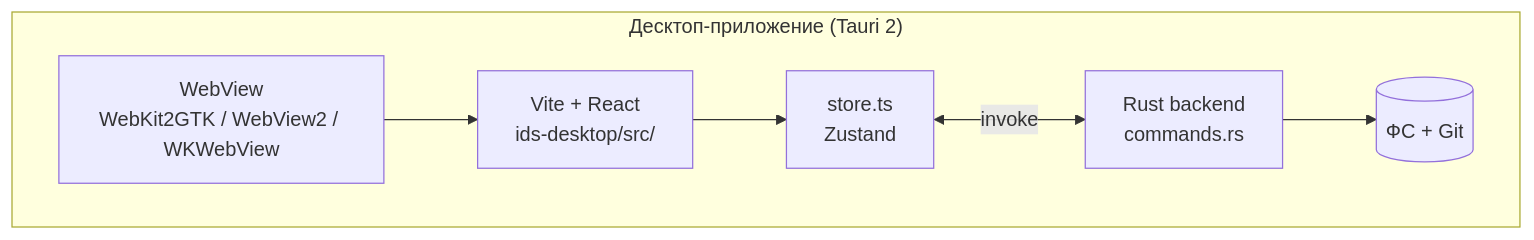
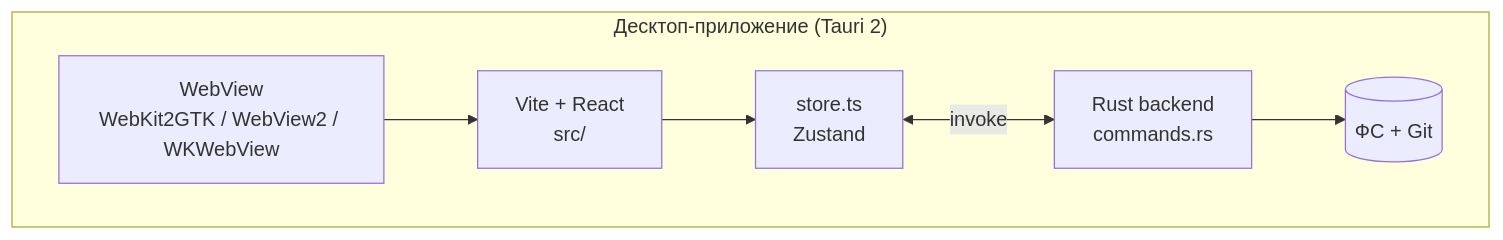
Before and after one commit to artamonovav/ids: the first of 16 diagrams in ARCHITECTURE.md, drawn with Mermaid. The commit also changed other lines of this file and 92 other files, not shown here.

First line of the commit message:
refactor: ids-desktop перенесён в корень репозитория

````diff
--- a/ARCHITECTURE.md
+++ b/ARCHITECTURE.md
@@ -29,14 +29,14 @@
 ```mermaid
 graph TB
     subgraph "Десктоп-приложение (Tauri 2)"
         D_WEBVIEW[WebView<br/>WebKit2GTK / WebView2 / WKWebView]
-        D_FRONT[Vite + React<br/>ids-desktop/src/]
+        D_FRONT[Vite + React<br/>src/]
         D_STORE[store.ts<br/>Zustand]
         D_RUST[Rust backend<br/>commands.rs]
         D_FS[(ФС + Git)]
         D_WEBVIEW --> D_FRONT
         D_FRONT --> D_STORE
         D_STORE <-->|invoke| D_RUST
         D_RUST --> D_FS
     end
 ```
````
